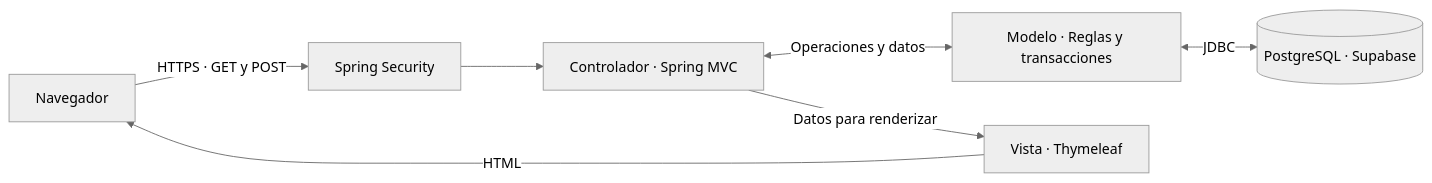
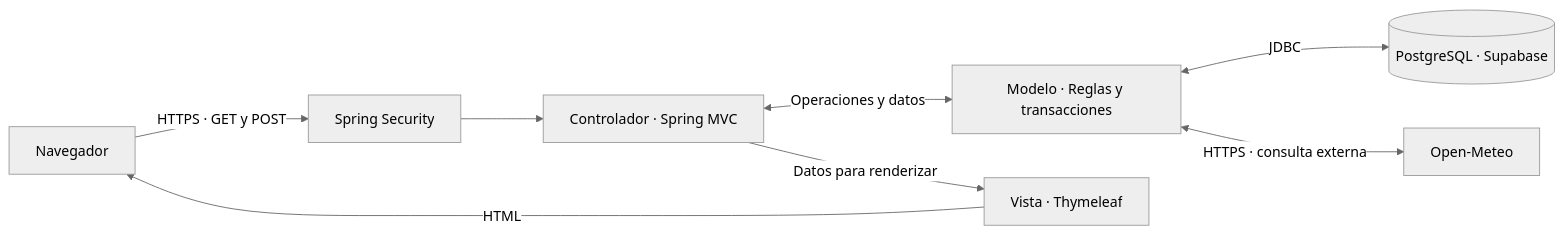
One commit to JersonBee/HiveOn changed the diagram in README.md. Above: the diagram before and after it, drawn with Mermaid (neutral theme). The commit also changed other lines of this file and 14 other files, not shown here.

Commit message:
Mejoras visuales e implementacion de la API de Open-Meteo

````diff
--- a/README.md
+++ b/README.md
@@ -50,9 +50,10 @@
 ```mermaid
 flowchart LR
     Browser["Navegador"] -->|"HTTPS · GET y POST"| Security["Spring Security"]
     Security --> Controller["Controlador · Spring MVC"]
     Controller <-->|"Operaciones y datos"| Model["Modelo · Reglas y transacciones"]
     Model <-->|"JDBC"| Database[("PostgreSQL · Supabase")]
+    Model <-->|"HTTPS · consulta externa"| Weather["Open-Meteo"]
     Controller -->|"Datos para renderizar"| View["Vista · Thymeleaf"]
     View -->|"HTML"| Browser
 ```
````
